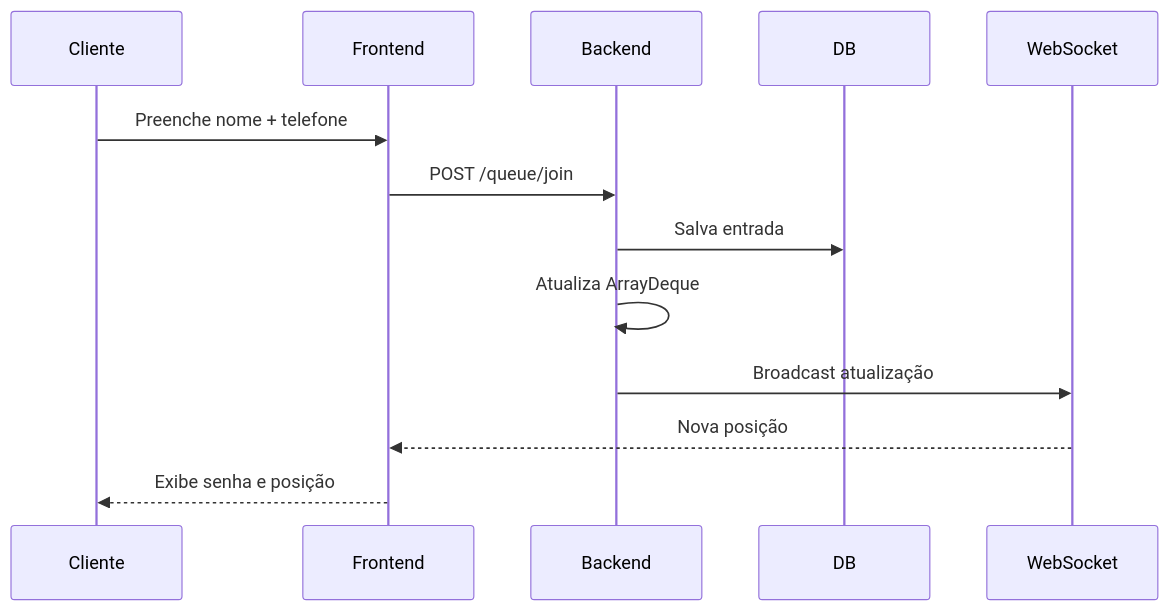
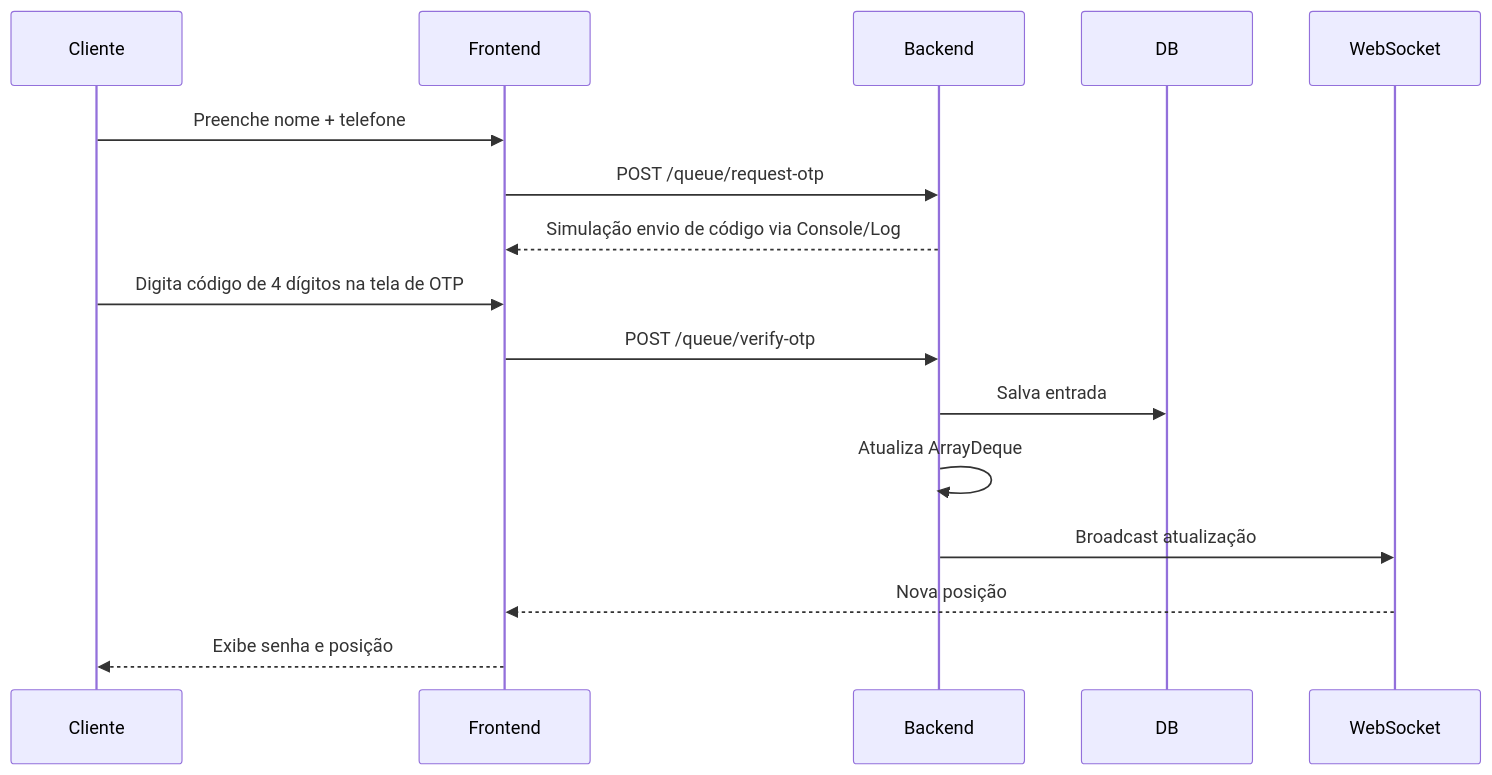
One commit to AndersonFQueiroz/NextCut changed the third of 4 diagrams in README.md. Above: the diagram before and after it, drawn with Mermaid. The commit also changed other lines of this file and 3 other files, not shown here.

````diff
--- a/README.md
+++ b/README.md
@@ -200,16 +201,19 @@
 ```mermaid
 sequenceDiagram
     participant Cliente
     participant Frontend
     participant Backend
     participant DB
     participant WebSocket
 
     Cliente->>Frontend: Preenche nome + telefone
-    Frontend->>Backend: POST /queue/join
+    Frontend->>Backend: POST /queue/request-otp
+    Backend-->>Frontend: Simulação envio de código via Console/Log
+    Cliente->>Frontend: Digita código de 4 dígitos na tela de OTP
+    Frontend->>Backend: POST /queue/verify-otp
     Backend->>DB: Salva entrada
     Backend->>Backend: Atualiza ArrayDeque
     Backend->>WebSocket: Broadcast atualização
     WebSocket-->>Frontend: Nova posição
     Frontend-->>Cliente: Exibe senha e posição
 ```
````
